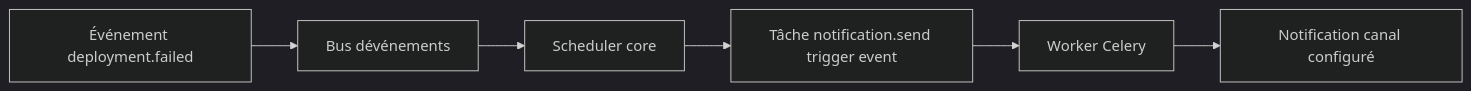
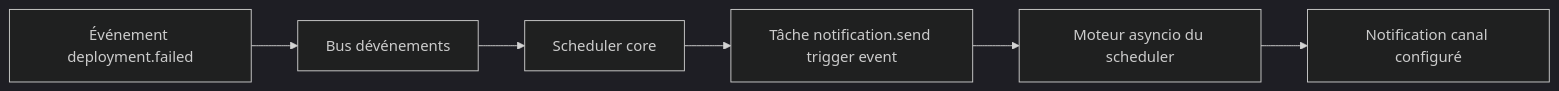
The diagram in docs/general_specs/17-automatisation-workflows.md (stefapi/windflow), drawn with Mermaid (dark theme) before and after one commit. The commit also changed other lines of this file and 13 other files, not shown here.

````diff
--- a/docs/general_specs/17-automatisation-workflows.md
+++ b/docs/general_specs/17-automatisation-workflows.md
@@ -76,8 +76,8 @@
 ```mermaid
 flowchart LR
     E[Événement deployment.failed] --> B[Bus dévénements]
     B --> S[Scheduler core]
     S --> T[Tâche notification.send trigger event]
-    T --> W[Worker Celery]
+    T --> W[Moteur asyncio du scheduler]
     W --> N[Notification canal configuré]
 ```
````
